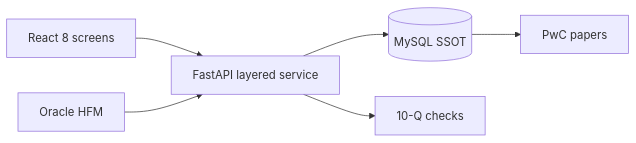
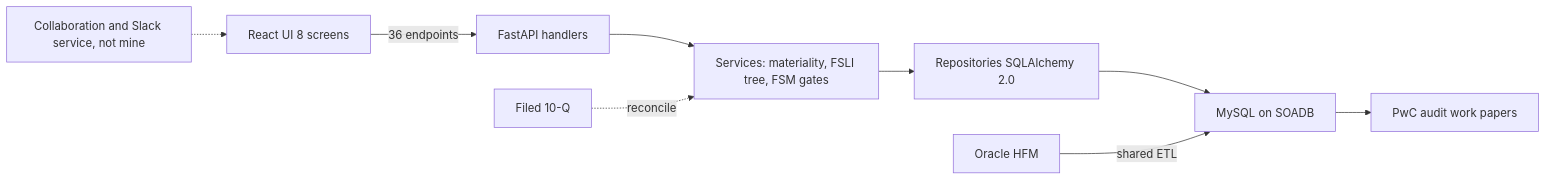
One commit to TM-DEV-PRO/final-resume changed the sixth of 13 diagrams in final_pygo_ai/prep/33_architecture_diagrams.md. Above: the diagram before and after it, drawn with Mermaid. The commit also changed other lines of this file and 617 other files, not shown here.

````diff
--- a/final_pygo_ai/prep/33_architecture_diagrams.md
+++ b/final_pygo_ai/prep/33_architecture_diagrams.md
@@ -120,8 +338,11 @@
 ```mermaid
 flowchart LR
-  UI[React 8 screens] --> API[FastAPI layered service]
-  API --> DB[(MySQL SSOT)]
-  HFM[Oracle HFM] --> API
-  API --> TQ[10-Q checks]
-  DB --> PwC[PwC papers]
+  UI["React UI 8 screens"] -->|"36 endpoints"| H["FastAPI handlers"]
+  H --> S["Services: materiality, FSLI tree, FSM gates"]
+  S --> R["Repositories SQLAlchemy 2.0"]
+  R --> DB["MySQL on SOADB"]
+  HFM["Oracle HFM"] -->|"shared ETL"| DB
+  TENQ["Filed 10-Q"] -.->|"reconcile"| S
+  DB --> PWC["PwC audit work papers"]
+  COL["Collaboration and Slack service, not mine"] -.-> UI
 ```
````
